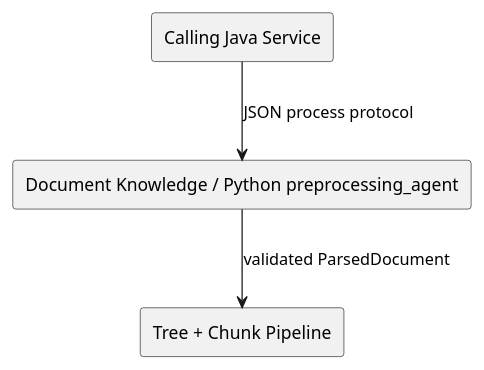
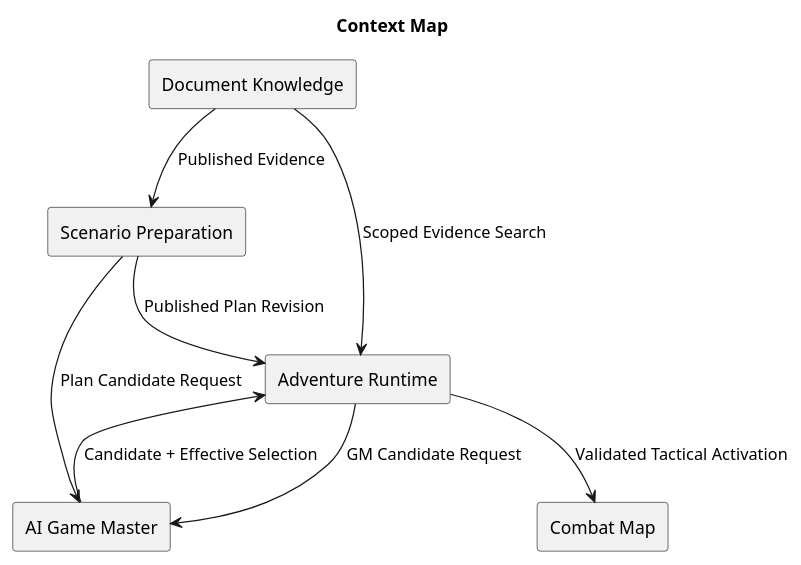
The third of 4 diagrams in docs/specs/architecture-spec.md (omegafrog/dnd-master), drawn with PlantUML before and after one commit. The commit also changed other lines of this file and 64 other files, not shown here.

Commit message:
feat: harden adventure runtime quality

````diff
--- a/docs/specs/architecture-spec.md
+++ b/docs/specs/architecture-spec.md
@@ -144,9 +190,17 @@
 ```plantuml
 @startuml
-rectangle "Calling Java Service" as java
-rectangle "Document Knowledge / Python preprocessing_agent" as py
-rectangle "Tree + Chunk Pipeline" as chunk
-java --> py : JSON process protocol
-py --> chunk : validated ParsedDocument
+title Context Map
+rectangle "Document Knowledge" as knowledge
+rectangle "Scenario Preparation" as scenario
+rectangle "Adventure Runtime" as runtime
+rectangle "AI Game Master" as ai
+rectangle "Combat Map" as map
+knowledge --> scenario : Published Evidence
+knowledge --> runtime : Scoped Evidence Search
+scenario --> runtime : Published Plan Revision
+runtime --> ai : GM Candidate Request
+ai --> runtime : Candidate + Effective Selection
+scenario --> ai : Plan Candidate Request
+runtime --> map : Validated Tactical Activation
 @enduml
 ```
````
